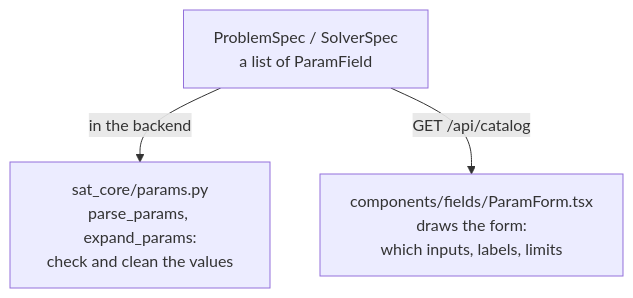
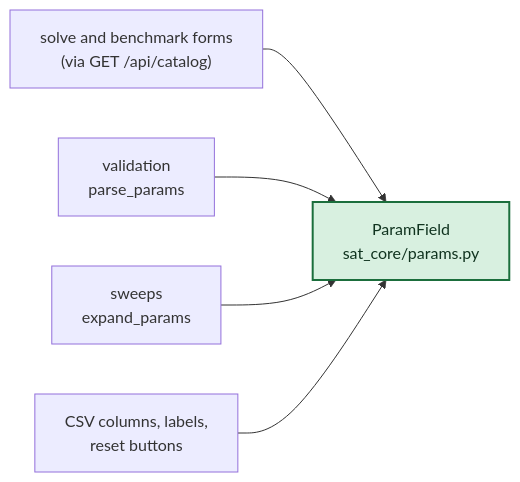
One commit to Aziyck/SATsolver changed the third of 10 diagrams in docs/guide/architecture.md. Above: the diagram before and after it, drawn with Mermaid. The commit also changed other lines of this file and 8 other files, not shown here.

First line of the commit message:
docs: split the architecture guide into a short overview and how-it-works

````diff
--- a/docs/guide/architecture.md
+++ b/docs/guide/architecture.md
@@ -288,9 +119,9 @@
 ```mermaid
-flowchart TD
-    spec["ProblemSpec / SolverSpec<br/>a list of ParamField"]
-    back["sat_core/params.py<br/>parse_params, expand_params:<br/>check and clean the values"]
-    front["components/fields/ParamForm.tsx<br/>draws the form:<br/>which inputs, labels, limits"]
-
-    spec -- "in the backend" --> back
-    spec -- "GET /api/catalog" --> front
+flowchart LR
+    rule["ParamField<br/>sat_core/params.py"]:::deep
+    c0["solve and benchmark forms<br/>(via GET /api/catalog)"] --> rule
+    c1["validation<br/>parse_params"] --> rule
+    c2["sweeps<br/>expand_params"] --> rule
+    c3["CSV columns, labels,<br/>reset buttons"] --> rule
+    classDef deep fill:#d8f0e0,stroke:#1b6e3c,stroke-width:2px,color:#10331f
 ```
````
